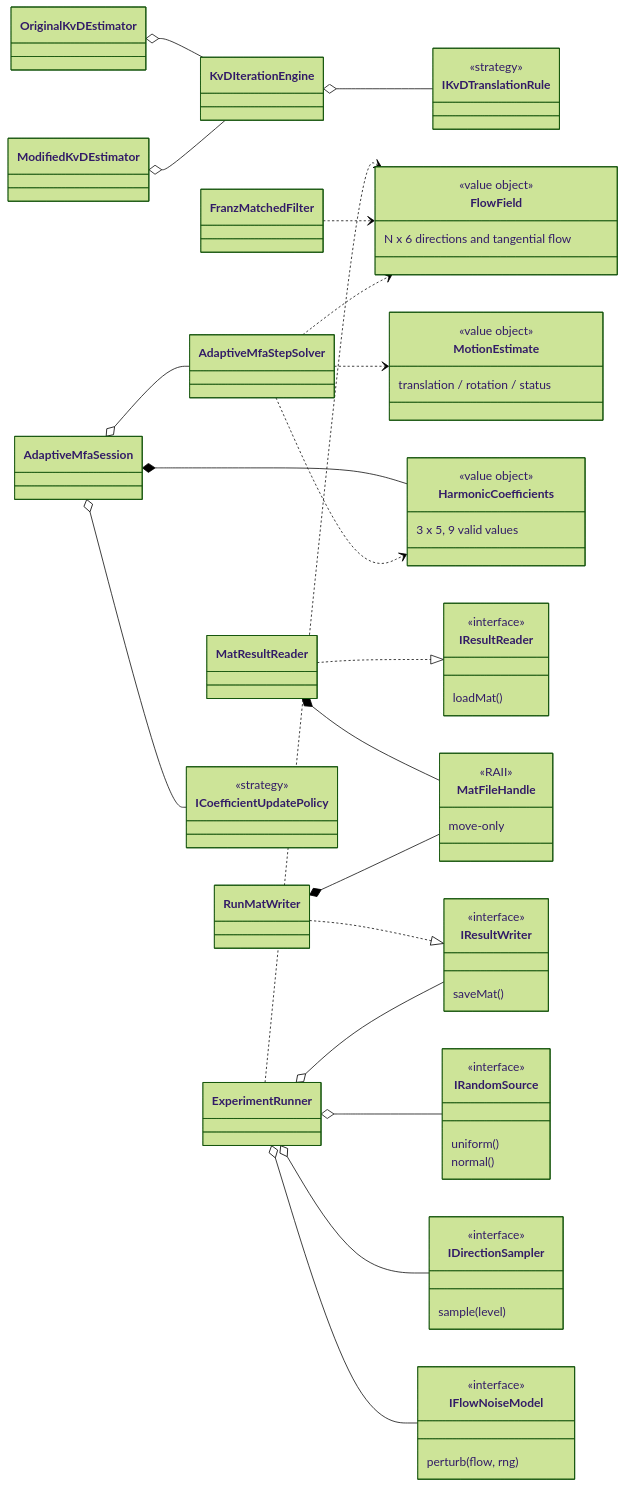
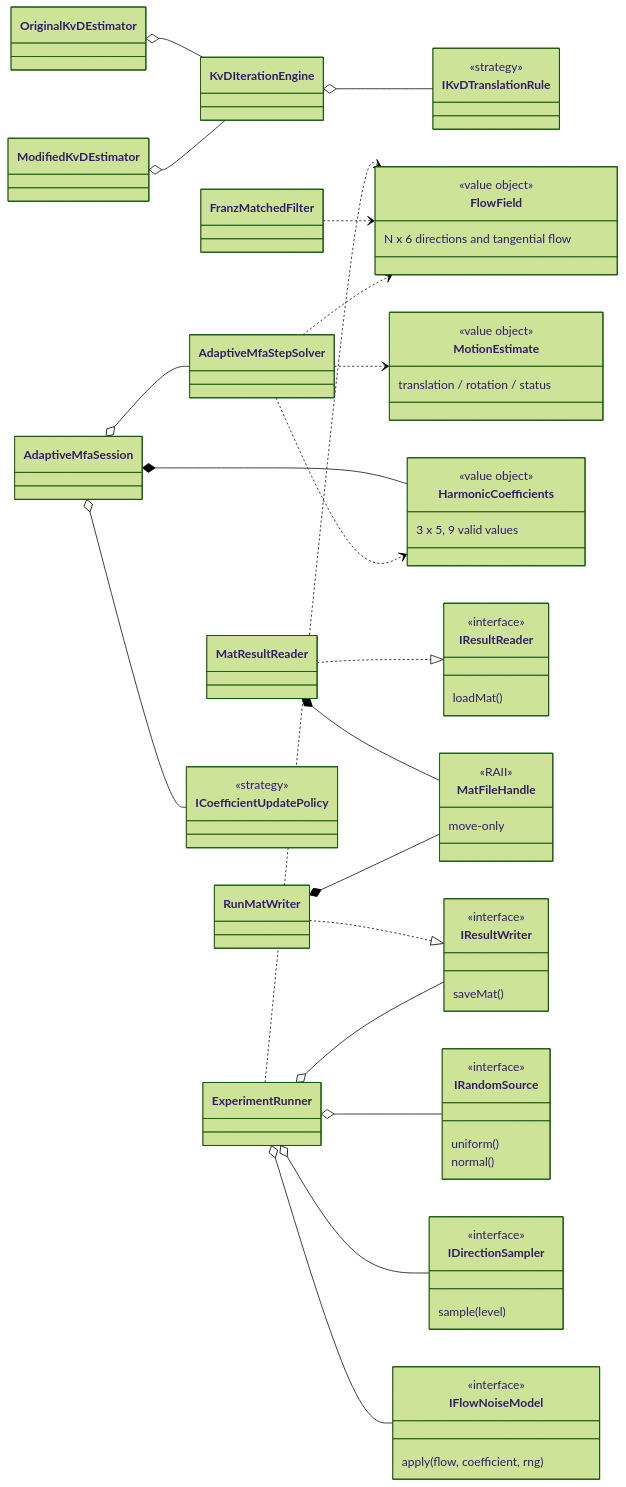
Before and after one commit to ncut-d1z/Egomotion-Estimation-with-Dense-Flow-Fields: the first of 2 diagrams in docs/OBJECT_MODEL.md, drawn with Mermaid (forest theme). The commit also changed other lines of this file, not shown here.

Commit message:
docs(object): fix missing noise coefficient in interface diagram and CompositionRoot injection ownership

````diff
--- a/docs/OBJECT_MODEL.md
+++ b/docs/OBJECT_MODEL.md
@@ -67,76 +69,76 @@
 ```mermaid
 classDiagram
  direction LR
  class FlowField {
    <<value object>>
    N x 6 directions and tangential flow
  }
  class HarmonicCoefficients {
    <<value object>>
    3 x 5, 9 valid values
  }
  class MotionEstimate {
    <<value object>>
    translation / rotation / status
  }
  class IRandomSource {
    <<interface>>
    uniform()
    normal()
  }
  class IDirectionSampler {
    <<interface>>
    sample(level)
  }
  class IFlowNoiseModel {
    <<interface>>
-   perturb(flow, rng)
+   apply(flow, coefficient, rng)
  }
  class IResultReader {
    <<interface>>
    loadMat()
  }
  class IResultWriter {
    <<interface>>
    saveMat()
  }
  class MatFileHandle {
    <<RAII>>
    move-only
  }
  class MatResultReader
  class RunMatWriter
  class FranzMatchedFilter
  class KvDIterationEngine
  class IKvDTranslationRule {
    <<strategy>>
  }
  class OriginalKvDEstimator
  class ModifiedKvDEstimator
  class AdaptiveMfaStepSolver
  class AdaptiveMfaSession
  class ICoefficientUpdatePolicy {
    <<strategy>>
  }
  class ExperimentRunner
 
  MatResultReader ..|> IResultReader
  RunMatWriter ..|> IResultWriter
  MatResultReader *-- MatFileHandle
  RunMatWriter *-- MatFileHandle
  KvDIterationEngine o-- IKvDTranslationRule
  OriginalKvDEstimator o-- KvDIterationEngine
  ModifiedKvDEstimator o-- KvDIterationEngine
  AdaptiveMfaSession o-- AdaptiveMfaStepSolver
  AdaptiveMfaSession *-- HarmonicCoefficients
  AdaptiveMfaSession o-- ICoefficientUpdatePolicy
  ExperimentRunner o-- IRandomSource
  ExperimentRunner o-- IDirectionSampler
  ExperimentRunner o-- IFlowNoiseModel
  ExperimentRunner o-- IResultWriter
  ExperimentRunner ..> FlowField
  FranzMatchedFilter ..> FlowField
  AdaptiveMfaStepSolver ..> FlowField
  AdaptiveMfaStepSolver ..> MotionEstimate
  AdaptiveMfaStepSolver ..> HarmonicCoefficients
 ```
````
